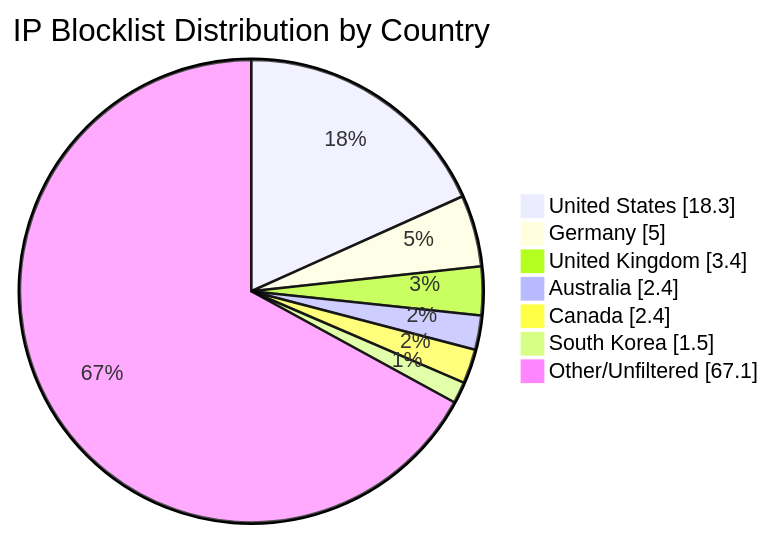
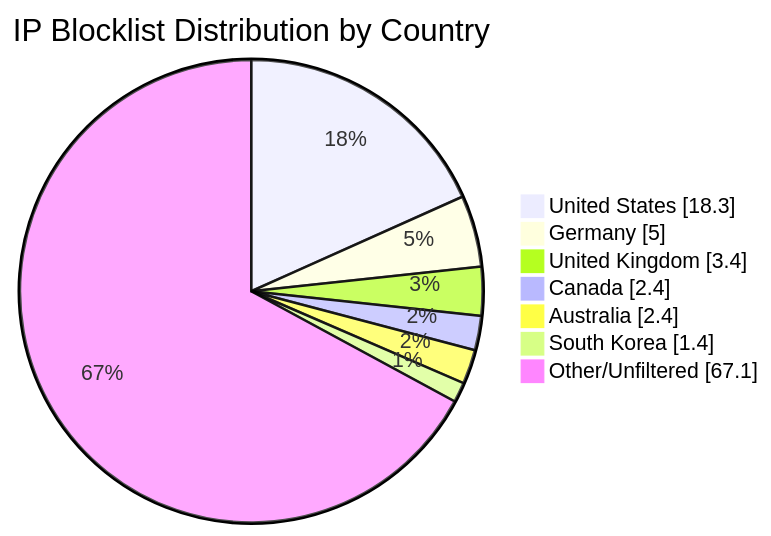
The diagram in README.md (MarcusHoltz/ipblocklist-geofiltered-aggregator), drawn with Mermaid before and after one commit. The commit also changed other lines of this file and 9 other files, not shown here.

````diff
--- a/README.md
+++ b/README.md
@@ -34,10 +34,10 @@
 ```mermaid
 pie showData title IP Blocklist Distribution by Country
 "United States" : 18.3
 "Germany" : 5.0
 "United Kingdom" : 3.4
+"Canada" : 2.4
 "Australia" : 2.4
-"Canada" : 2.4
-"South Korea" : 1.5
+"South Korea" : 1.4
 "Other/Unfiltered" : 67.1
 ```
````
